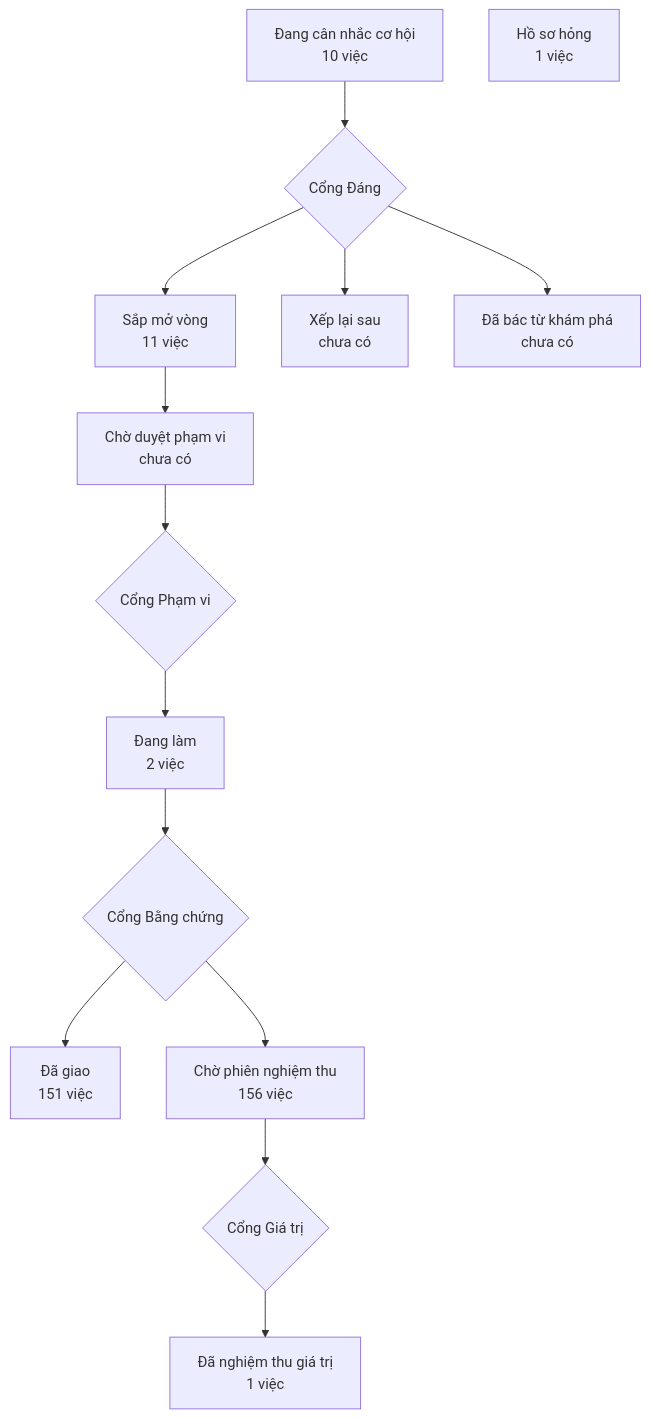
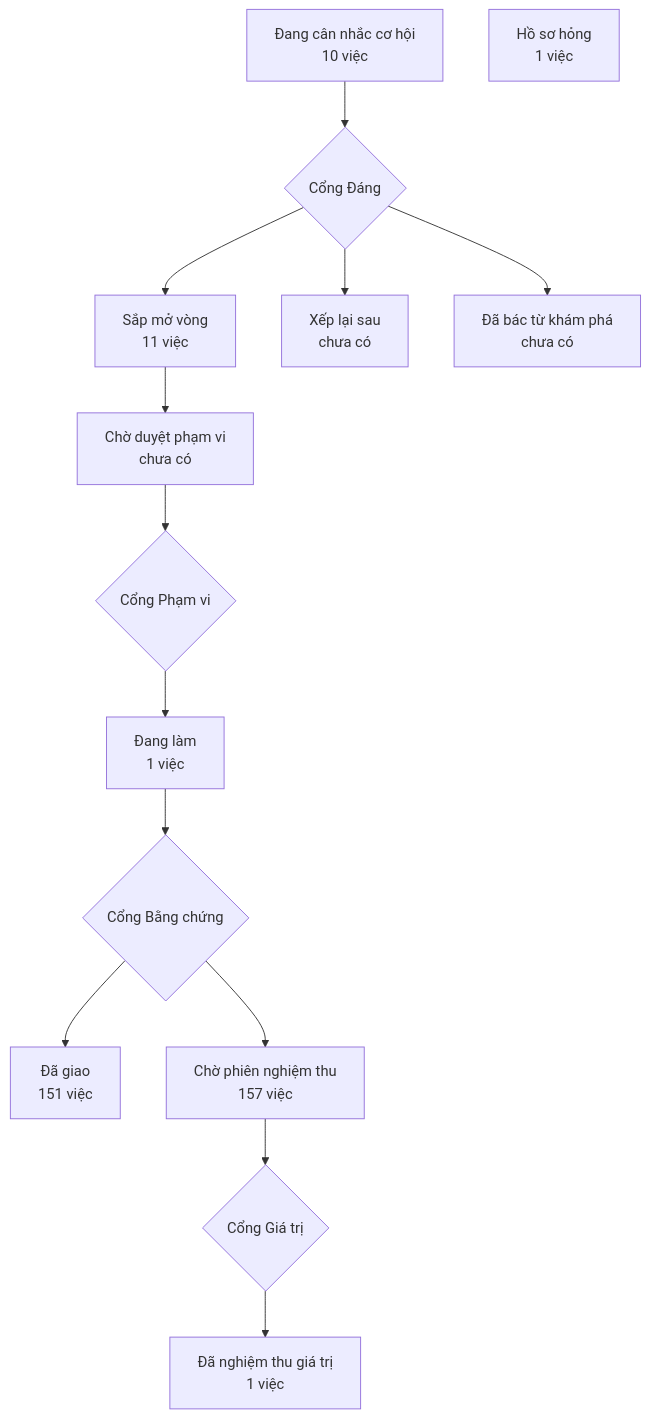
The diagram in PRODUCT-MAP.md (phanlemanh/crm-onehub), drawn with Mermaid before and after one commit. The commit also changed 1 other file, not shown here.

Commit message:
docs(khung-cho-don-vi-mot-hinh): vẽ lại bản đồ sau chữ ký Cổng 2

````diff
--- a/PRODUCT-MAP.md
+++ b/PRODUCT-MAP.md
@@ -7,13 +7,13 @@
 ```mermaid
 flowchart TD
   A["Đang cân nhắc cơ hội<br/>10 việc"] --> GD{"Cổng Đáng"}
   GD --> B["Sắp mở vòng<br/>11 việc"]
   GD --> XL["Xếp lại sau<br/>chưa có"]
   GD --> DB["Đã bác từ khám phá<br/>chưa có"]
   B --> CD["Chờ duyệt phạm vi<br/>chưa có"] --> GP{"Cổng Phạm vi"}
-  GP --> DL["Đang làm<br/>2 việc"] --> GB{"Cổng Bằng chứng"}
+  GP --> DL["Đang làm<br/>1 việc"] --> GB{"Cổng Bằng chứng"}
   GB --> DG["Đã giao<br/>151 việc"]
-  GB --> CN["Chờ phiên nghiệm thu<br/>156 việc"] --> GG{"Cổng Giá trị"}
+  GB --> CN["Chờ phiên nghiệm thu<br/>157 việc"] --> GG{"Cổng Giá trị"}
   GG --> NT["Đã nghiệm thu giá trị<br/>1 việc"]
   HS["Hồ sơ hỏng<br/>1 việc"]
 ```
````
